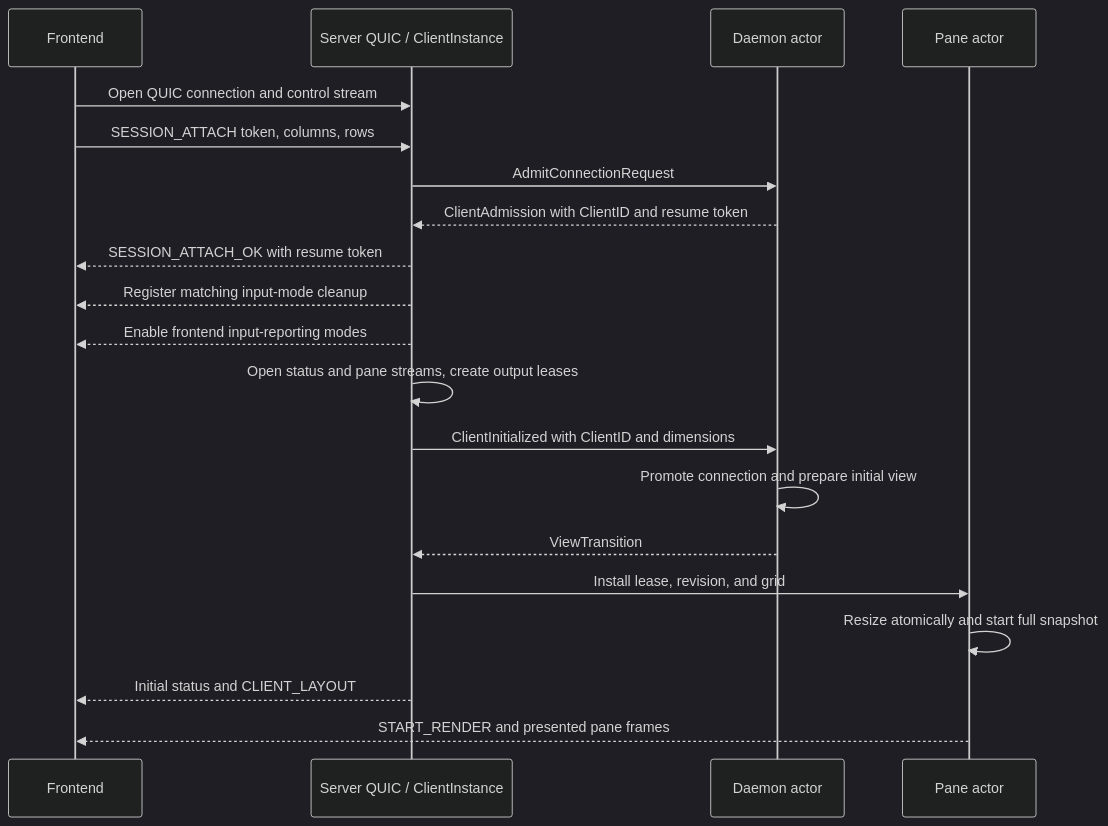
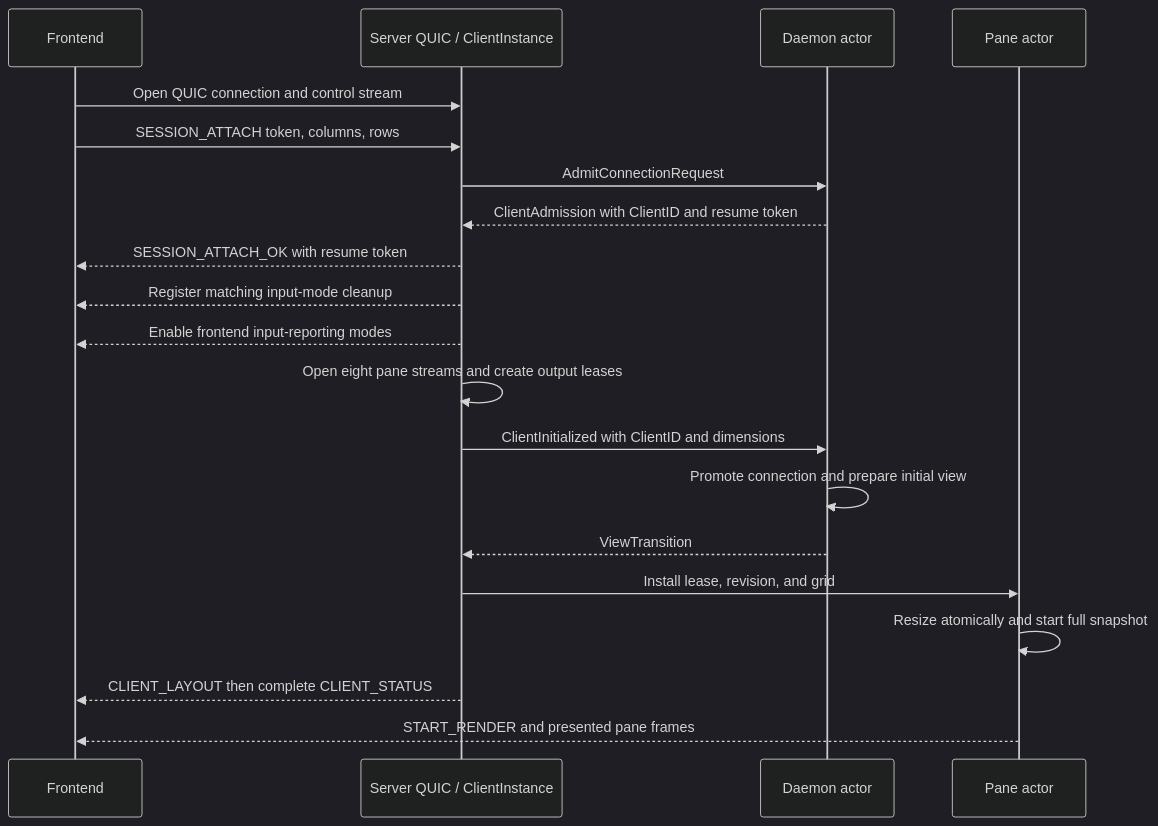
One commit to garindra/meja changed the fourth of 9 diagrams in ARCHITECTURE.md. Above: the diagram before and after it, drawn with Mermaid (dark theme). The commit also changed other lines of this file and 42 other files, not shown here.

````diff
--- a/ARCHITECTURE.md
+++ b/ARCHITECTURE.md
@@ -325,23 +326,23 @@
 ```mermaid
 sequenceDiagram
     participant F as Frontend
     participant I as Server QUIC / ClientInstance
     participant D as Daemon actor
     participant P as Pane actor
 
     F->>I: Open QUIC connection and control stream
     F->>I: SESSION_ATTACH token, columns, rows
     I->>D: AdmitConnectionRequest
     D-->>I: ClientAdmission with ClientID and resume token
     I-->>F: SESSION_ATTACH_OK with resume token
     I-->>F: Register matching input-mode cleanup
     I-->>F: Enable frontend input-reporting modes
-    I->>I: Open status and pane streams, create output leases
+    I->>I: Open eight pane streams and create output leases
     I->>D: ClientInitialized with ClientID and dimensions
     D->>D: Promote connection and prepare initial view
     D-->>I: ViewTransition
     I->>P: Install lease, revision, and grid
     P->>P: Resize atomically and start full snapshot
-    I-->>F: Initial status and CLIENT_LAYOUT
+    I-->>F: CLIENT_LAYOUT then complete CLIENT_STATUS
     P-->>F: START_RENDER and presented pane frames
 ```
````
